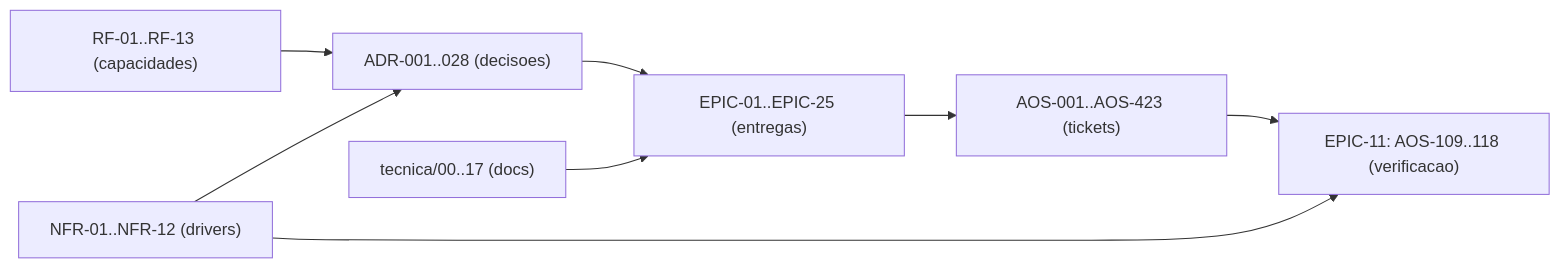
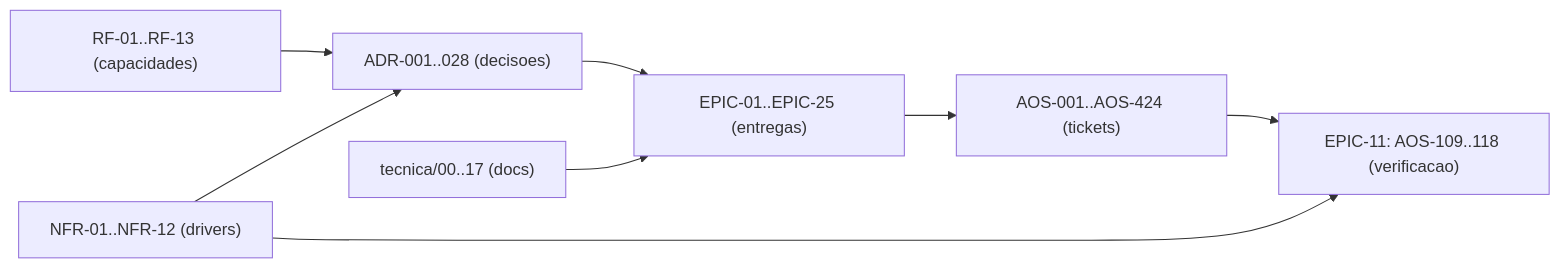
One commit to albinoJimy/aos changed the diagram in tecnica/16_Rastreabilidade_RTM.md. Above: the diagram before and after it, drawn with Mermaid. The commit also changed other lines of this file and 1 other file, not shown here.

First line of the commit message:
docs(AOS-424): não é só o gov.approvals — são nove streams, e a causa-raiz é o backend de ficheiro aceitar o que o JetStream recusa (#356)

````diff
--- a/tecnica/16_Rastreabilidade_RTM.md
+++ b/tecnica/16_Rastreabilidade_RTM.md
@@ -188,10 +188,10 @@
 ```mermaid
 flowchart LR
     RF["RF-01..RF-13 (capacidades)"] --> ADR["ADR-001..028 (decisoes)"]
     NFR["NFR-01..NFR-12 (drivers)"] --> ADR
     ADR --> EPIC["EPIC-01..EPIC-25 (entregas)"]
-    EPIC --> TICK["AOS-001..AOS-423 (tickets)"]
+    EPIC --> TICK["AOS-001..AOS-424 (tickets)"]
     DOC["tecnica/00..17 (docs)"] --> EPIC
     TICK --> TEST["EPIC-11: AOS-109..118 (verificacao)"]
     NFR --> TEST
 ```
````
